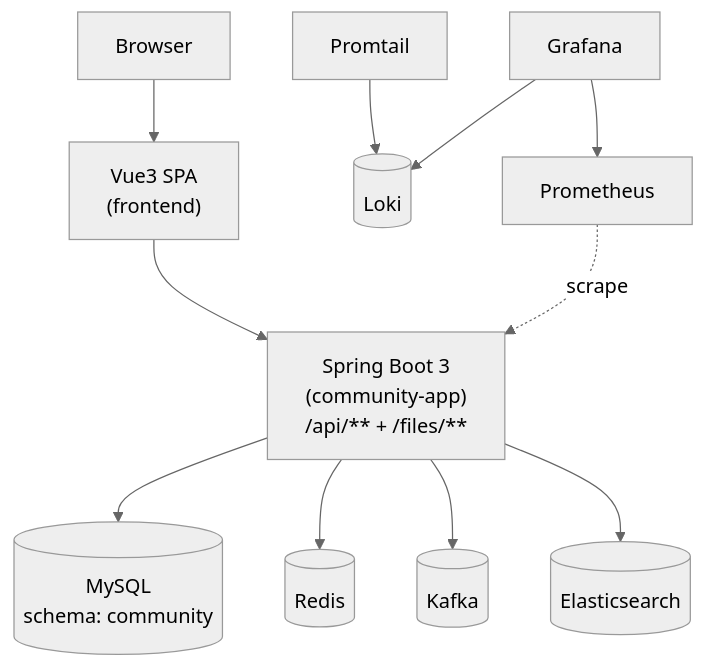
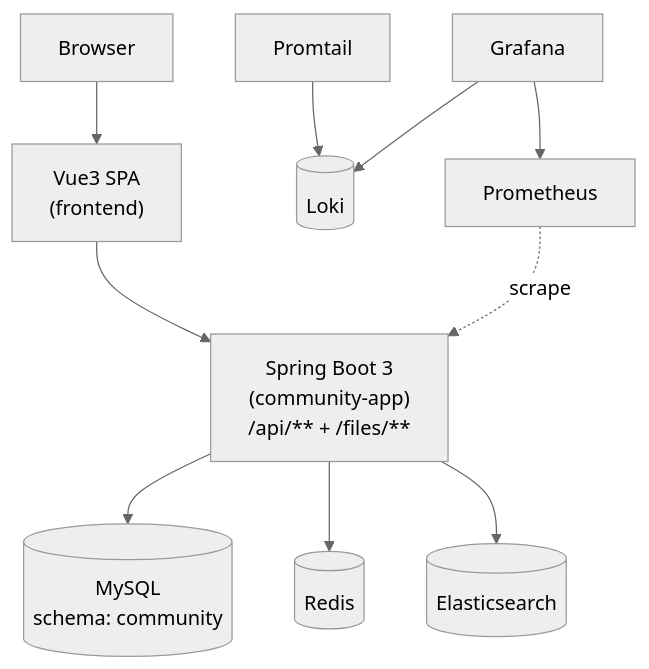
One commit to skt-shinyruo/community changed the diagram in docs/ARCHITECTURE.md. Above: the diagram before and after it, drawn with Mermaid (neutral theme). The commit also changed other lines of this file and 523 other files, not shown here.

````diff
--- a/docs/ARCHITECTURE.md
+++ b/docs/ARCHITECTURE.md
@@ -34,15 +34,14 @@
 ```mermaid
 flowchart TD
     Browser[Browser] --> FE["Vue3 SPA<br/>(frontend)"]
     FE --> APP["Spring Boot 3<br/>(community-app)<br/>/api/** + /files/**"]
 
     APP --> MySQL[(MySQL<br/>schema: community)]
     APP --> Redis[(Redis)]
-    APP --> Kafka[(Kafka)]
     APP --> ES[(Elasticsearch)]
 
     Prom[Prometheus] -. scrape .-> APP
     Logs[Promtail] --> Loki[(Loki)]
     Grafana[Grafana] --> Loki
     Grafana --> Prom
 ```
````
